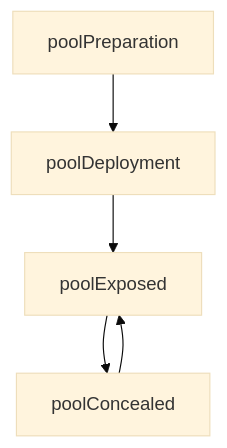
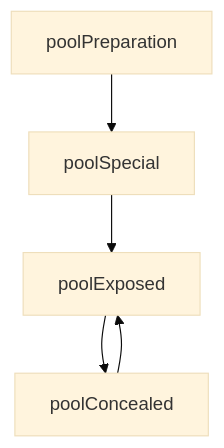
Before and after one commit to juanramonmorandeira/castronegro-director: the second of 2 diagrams in docs/phase_flow_recovered.md, drawn with Mermaid (base theme). The commit also changed other lines of this file and 41 other files, not shown here.

````diff
--- a/docs/phase_flow_recovered.md
+++ b/docs/phase_flow_recovered.md
@@ -104,7 +101,7 @@
 ```mermaid
 flowchart TD
-  A[poolPreparation] --> B[poolDeployment]
+  A[poolPreparation] --> B[poolSpecial]
   B --> C[poolExposed]
   C --> D[poolConcealed]
   D --> C
 ```
````
